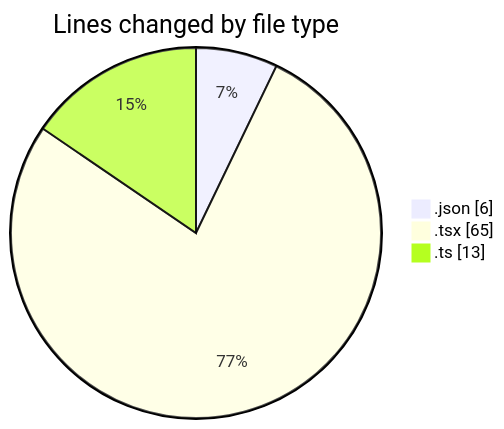
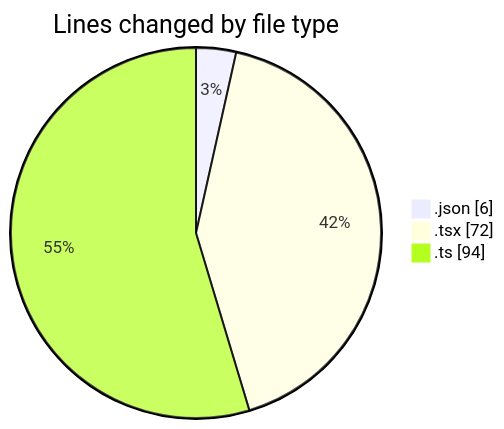
Before and after one commit to julien-gomy/code-tracking: the first of 2 diagrams in 2025-10-29/eventscop-frontend-guide__workspace_/README.md, drawn with Mermaid. The commit also changed other lines of this file and 1 other file, not shown here.

````diff
--- a/2025-10-29/eventscop-frontend-guide__workspace_/README.md
+++ b/2025-10-29/eventscop-frontend-guide__workspace_/README.md
@@ -22,7 +24,7 @@
 ```mermaid
 pie showData
 title Lines changed by file type
 ".json" : 6
-".tsx" : 65
-".ts" : 13
+".tsx" : 72
+".ts" : 94
 ```
````
